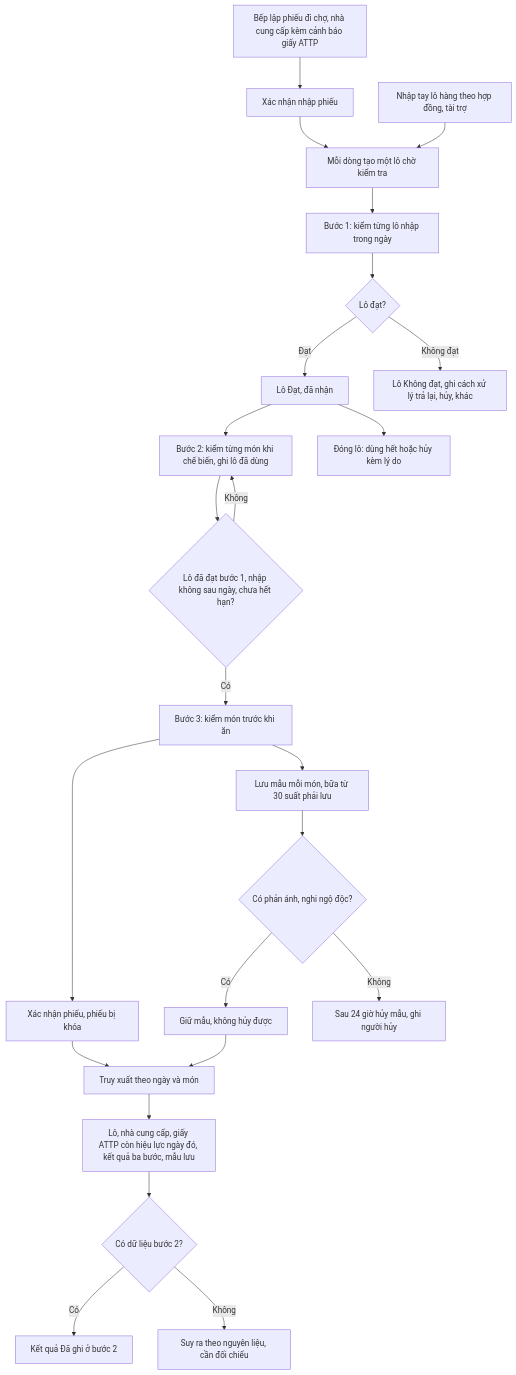
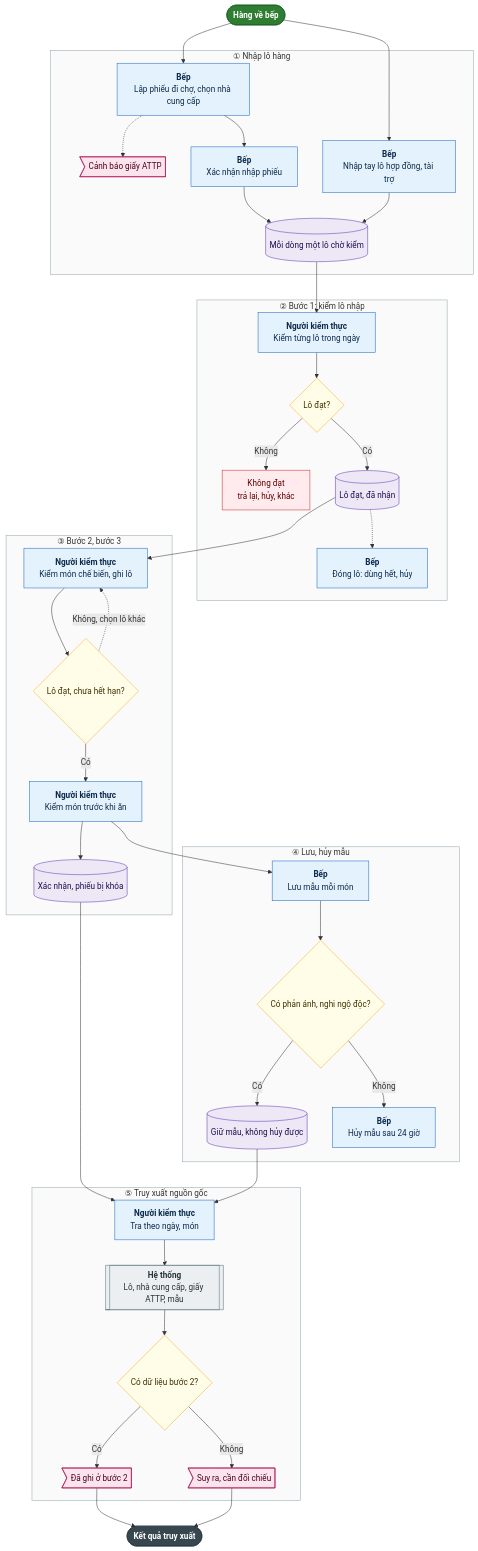
The eighth of 12 diagrams in tai_lieu/34_TONG_HOP_CHUC_NANG_HE_THONG/05_TAI_CHINH_NHAN_SU_HAU_CAN.md (luckyshopvn/school_management), drawn with Mermaid before and after one commit. The commit also changed other lines of this file and 8 other files, not shown here.

First line of the commit message:
Tài liệu 34: vẽ lại toàn bộ sơ đồ cho trực quan, thêm bản PDF gộp

````diff
--- a/tai_lieu/34_TONG_HOP_CHUC_NANG_HE_THONG/05_TAI_CHINH_NHAN_SU_HAU_CAN.md
+++ b/tai_lieu/34_TONG_HOP_CHUC_NANG_HE_THONG/05_TAI_CHINH_NHAN_SU_HAU_CAN.md
@@ -604,26 +811,86 @@
 ```mermaid
 flowchart TD
-  A["Bếp lập phiếu đi chợ, nhà cung cấp kèm cảnh báo giấy ATTP"] --> B["Xác nhận nhập phiếu"]
-  B --> C["Mỗi dòng tạo một lô chờ kiểm tra"]
-  A2["Nhập tay lô hàng theo hợp đồng, tài trợ"] --> C
-  C --> D["Bước 1: kiểm từng lô nhập trong ngày"]
-  D --> E{"Lô đạt?"}
-  E -->|"Đạt"| F["Lô Đạt, đã nhận"]
-  E -->|"Không đạt"| G["Lô Không đạt, ghi cách xử lý trả lại, hủy, khác"]
-  F --> H["Bước 2: kiểm từng món khi chế biến, ghi lô đã dùng"]
-  H --> I{"Lô đã đạt bước 1, nhập không sau ngày, chưa hết hạn?"}
-  I -->|"Không"| H
-  I -->|"Có"| J["Bước 3: kiểm món trước khi ăn"]
-  J --> K["Xác nhận phiếu, phiếu bị khóa"]
-  J --> L["Lưu mẫu mỗi món, bữa từ 30 suất phải lưu"]
-  L --> M{"Có phản ánh, nghi ngộ độc?"}
-  M -->|"Có"| N["Giữ mẫu, không hủy được"]
-  M -->|"Không"| O["Sau 24 giờ hủy mẫu, ghi người hủy"]
-  K --> P["Truy xuất theo ngày và món"]
-  N --> P
-  P --> Q["Lô, nhà cung cấp, giấy ATTP còn hiệu lực ngày đó, kết quả ba bước, mẫu lưu"]
-  Q --> R{"Có dữ liệu bước 2?"}
-  R -->|"Có"| S["Kết quả Đã ghi ở bước 2"]
-  R -->|"Không"| T["Suy ra theo nguyên liệu, cần đối chiếu"]
-  F --> U["Đóng lô: dùng hết hoặc hủy kèm lý do"]
+  classDef batdau fill:#2e7d32,stroke:#1b5e20,color:#ffffff,font-weight:bold
+  classDef ketthuc fill:#37474f,stroke:#263238,color:#ffffff,font-weight:bold
+  classDef nguoi fill:#e3f2fd,stroke:#1565c0,color:#0d2a4a
+  classDef heth fill:#eceff1,stroke:#546e7a,color:#263238
+  classDef duyet fill:#fff3e0,stroke:#ef6c00,color:#4e2600
+  classDef hoi fill:#fffde7,stroke:#f9a825,color:#3e2f00
+  classDef bao fill:#fce4ec,stroke:#ad1457,color:#4a0020
+  classDef chan fill:#ffebee,stroke:#c62828,color:#5f0000
+  classDef dulieu fill:#ede7f6,stroke:#5e35b1,color:#1f0f4d
+
+  S(["Hàng về bếp"]):::batdau
+
+  subgraph P1["① Nhập lô hàng"]
+    A1["<b>Bếp</b><br/>Lập phiếu đi chợ, chọn nhà cung cấp"]:::nguoi
+    A0>"Cảnh báo giấy ATTP"]:::bao
+    A2["<b>Bếp</b><br/>Xác nhận nhập phiếu"]:::nguoi
+    A3["<b>Bếp</b><br/>Nhập tay lô hợp đồng, tài trợ"]:::nguoi
+    A4[("Mỗi dòng một lô chờ kiểm")]:::dulieu
+    A1 -.-> A0
+    A1 --> A2 --> A4
+    A3 --> A4
+  end
+
+  subgraph P2["② Bước 1: kiểm lô nhập"]
+    B1["<b>Người kiểm thực</b><br/>Kiểm từng lô trong ngày"]:::nguoi
+    B2{"Lô đạt?"}:::hoi
+    B3["Không đạt<br/>trả lại, hủy, khác"]:::chan
+    B4[("Lô đạt, đã nhận")]:::dulieu
+    B5["<b>Bếp</b><br/>Đóng lô: dùng hết, hủy"]:::nguoi
+    B1 --> B2
+    B2 -->|"Không"| B3
+    B2 -->|"Có"| B4
+    B4 -.-> B5
+  end
+
+  subgraph P3["③ Bước 2, bước 3"]
+    C1["<b>Người kiểm thực</b><br/>Kiểm món chế biến, ghi lô"]:::nguoi
+    C2{"Lô đạt, chưa hết hạn?"}:::hoi
+    C3["<b>Người kiểm thực</b><br/>Kiểm món trước khi ăn"]:::nguoi
+    C4[("Xác nhận, phiếu bị khóa")]:::dulieu
+    C1 --> C2
+    C2 -.->|"Không, chọn lô khác"| C1
+    C2 -->|"Có"| C3 --> C4
+  end
+
+  subgraph P4["④ Lưu, hủy mẫu"]
+    D1["<b>Bếp</b><br/>Lưu mẫu mỗi món"]:::nguoi
+    D2{"Có phản ánh, nghi ngộ độc?"}:::hoi
+    D3[("Giữ mẫu, không hủy được")]:::dulieu
+    D4["<b>Bếp</b><br/>Hủy mẫu sau 24 giờ"]:::nguoi
+    D1 --> D2
+    D2 -->|"Có"| D3
+    D2 -->|"Không"| D4
+  end
+
+  subgraph P5["⑤ Truy xuất nguồn gốc"]
+    E1["<b>Người kiểm thực</b><br/>Tra theo ngày, món"]:::nguoi
+    E2[["<b>Hệ thống</b><br/>Lô, nhà cung cấp, giấy ATTP, mẫu"]]:::heth
+    E3{"Có dữ liệu bước 2?"}:::hoi
+    E4>"Đã ghi ở bước 2"]:::bao
+    E5>"Suy ra, cần đối chiếu"]:::bao
+    E1 --> E2 --> E3
+    E3 -->|"Có"| E4
+    E3 -->|"Không"| E5
+  end
+
+  K(["Kết quả truy xuất"]):::ketthuc
+
+  S --> A1
+  S --> A3
+  A4 --> B1
+  B4 --> C1
+  C3 --> D1
+  C4 --> E1
+  D3 --> E1
+  E4 --> K
+  E5 --> K
+
+  style P1 fill:#fafafa,stroke:#90a4ae
+  style P2 fill:#fafafa,stroke:#90a4ae
+  style P3 fill:#fafafa,stroke:#90a4ae
+  style P4 fill:#fafafa,stroke:#90a4ae
+  style P5 fill:#fafafa,stroke:#90a4ae
 ```
````
